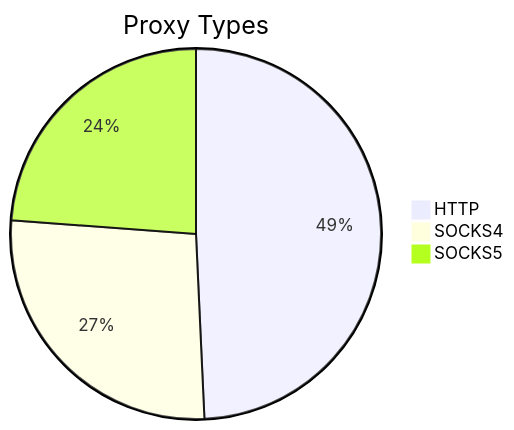
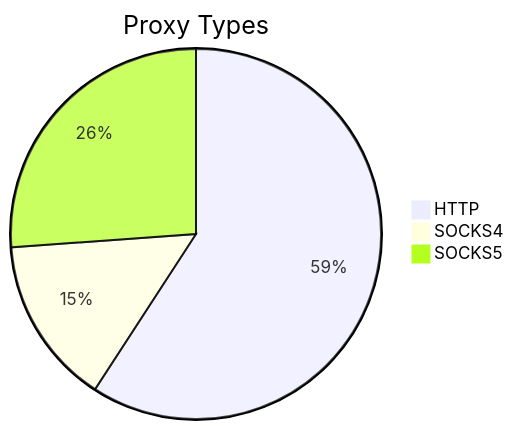
Before and after one commit to stormsia/proxy-list: the first of 2 diagrams in README.md, drawn with Mermaid. The commit also changed other lines of this file, not shown here.

````diff
--- a/README.md
+++ b/README.md
@@ -21,6 +21,6 @@
 ```mermaid
 pie title Proxy Types
-    "HTTP" : 271
-    "SOCKS4" : 148
-    "SOCKS5" : 131
+    "HTTP" : 387
+    "SOCKS4" : 96
+    "SOCKS5" : 171
 ```
````
